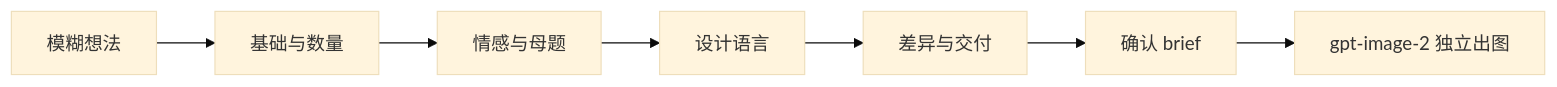
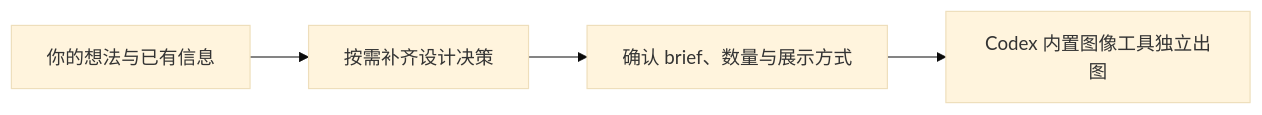
Before and after one commit to yuyou-dev/GrillMeJewel: the diagram in README.md, drawn with Mermaid (base theme). The commit also changed other lines of this file and 13 other files, not shown here.

````diff
--- a/README.md
+++ b/README.md
@@ -61,9 +61,6 @@
 ```mermaid
 flowchart LR
-  A["模糊想法"] --> B["基础与数量"]
-  B --> C["情感与母题"]
-  C --> D["设计语言"]
-  D --> E["差异与交付"]
-  E --> F["确认 brief"]
-  F --> G["gpt-image-2 独立出图"]
+  A["你的想法与已有信息"] --> B["按需补齐设计决策"]
+  B --> F["确认 brief、数量与展示方式"]
+  F --> G["Codex 内置图像工具独立出图"]
 ```
````
